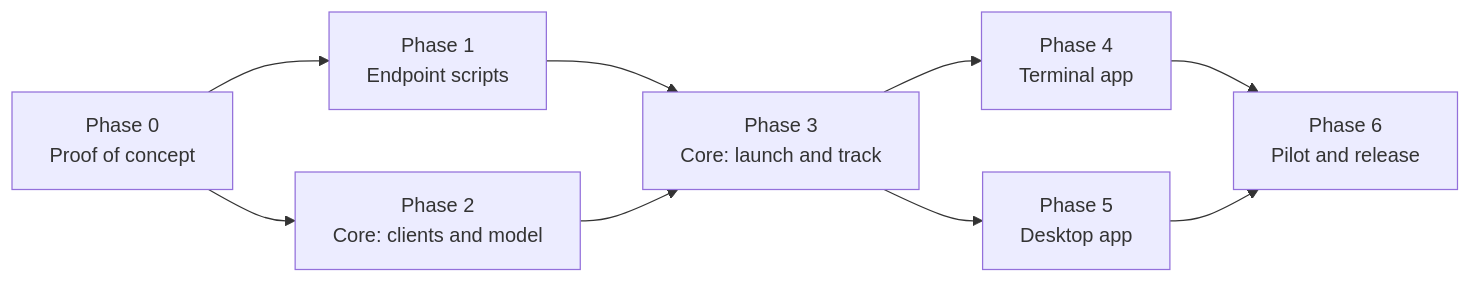
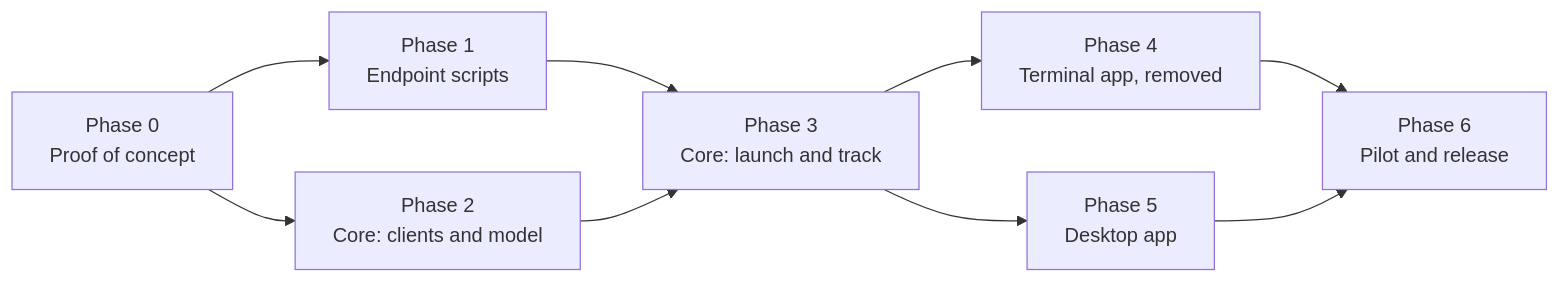
One commit to theonlytruebigmac/n-voke changed the diagram in docs/migration/09-roadmap.md. Above: the diagram before and after it, drawn with Mermaid. The commit also changed other lines of this file and 10 other files, not shown here.

Commit message:
docs: migration is desktop-only, UI review, caching, data destruction, roadmap and security updates

````diff
--- a/docs/migration/09-roadmap.md
+++ b/docs/migration/09-roadmap.md
@@ -5,11 +5,11 @@
 ```mermaid
 flowchart LR
     P0[Phase 0<br/>Proof of concept] --> P1[Phase 1<br/>Endpoint scripts]
     P0 --> P2[Phase 2<br/>Core: clients and model]
     P1 --> P3[Phase 3<br/>Core: launch and track]
     P2 --> P3
-    P3 --> P4[Phase 4<br/>Terminal app]
+    P3 --> P4[Phase 4<br/>Terminal app, removed]
     P3 --> P5[Phase 5<br/>Desktop app]
     P4 --> P6[Phase 6<br/>Pilot and release]
     P5 --> P6
 ```
````
